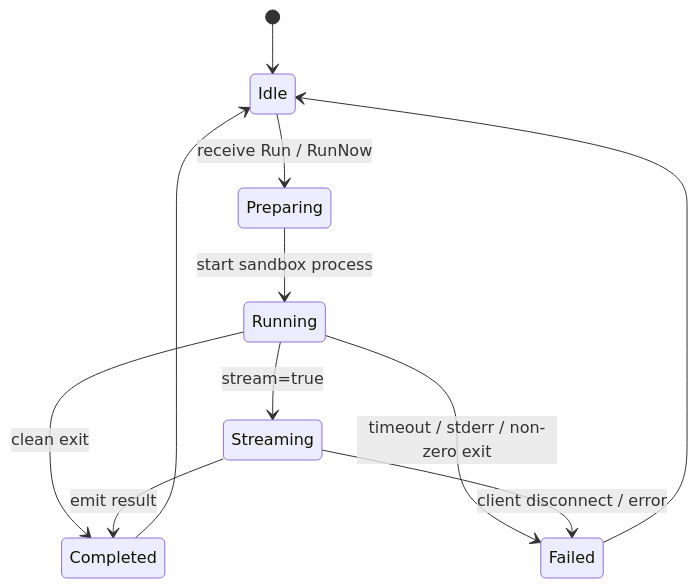
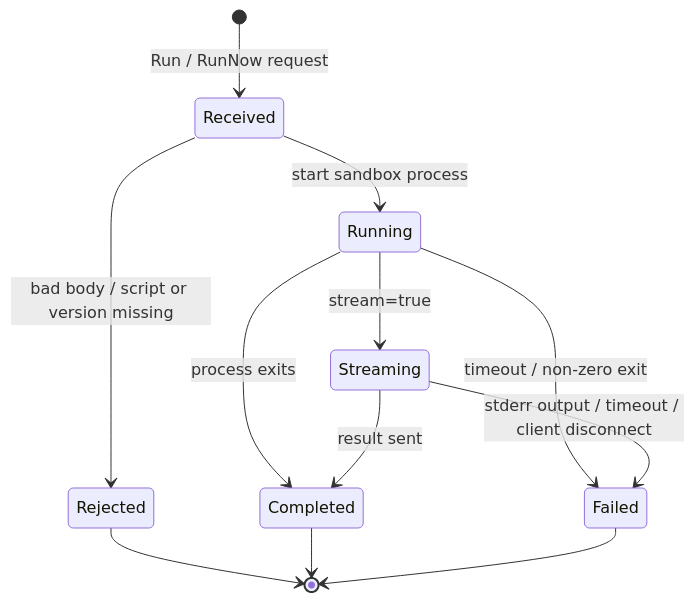
The tenth of 10 diagrams in doc/architecture.md (pardnchiu/HakoRun), drawn with Mermaid before and after one commit. The commit also changed other lines of this file and 17 other files, not shown here.

````diff
--- a/doc/architecture.md
+++ b/doc/architecture.md
@@ -122,13 +207,14 @@
 ```mermaid
 stateDiagram-v2
-    [*] --> Idle
-    Idle --> Preparing: receive Run / RunNow
-    Preparing --> Running: start sandbox process
+    [*] --> Received: Run / RunNow request
+    Received --> Rejected: bad body / script or version missing
+    Received --> Running: start sandbox process
     Running --> Streaming: stream=true
-    Running --> Completed: clean exit
-    Streaming --> Completed: emit result
-    Running --> Failed: timeout / stderr / non-zero exit
-    Streaming --> Failed: client disconnect / error
-    Failed --> Idle
-    Completed --> Idle
+    Running --> Completed: process exits
+    Running --> Failed: timeout / non-zero exit
+    Streaming --> Completed: result sent
+    Streaming --> Failed: stderr output / timeout / client disconnect
+    Rejected --> [*]
+    Completed --> [*]
+    Failed --> [*]
 ```
````
